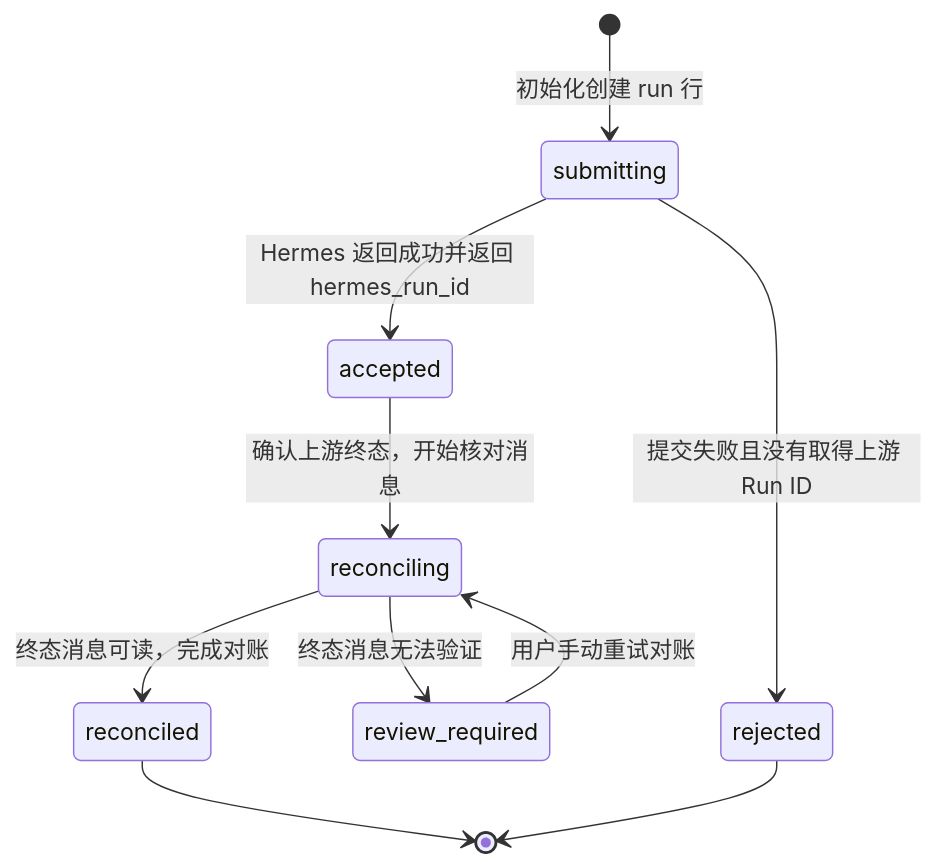
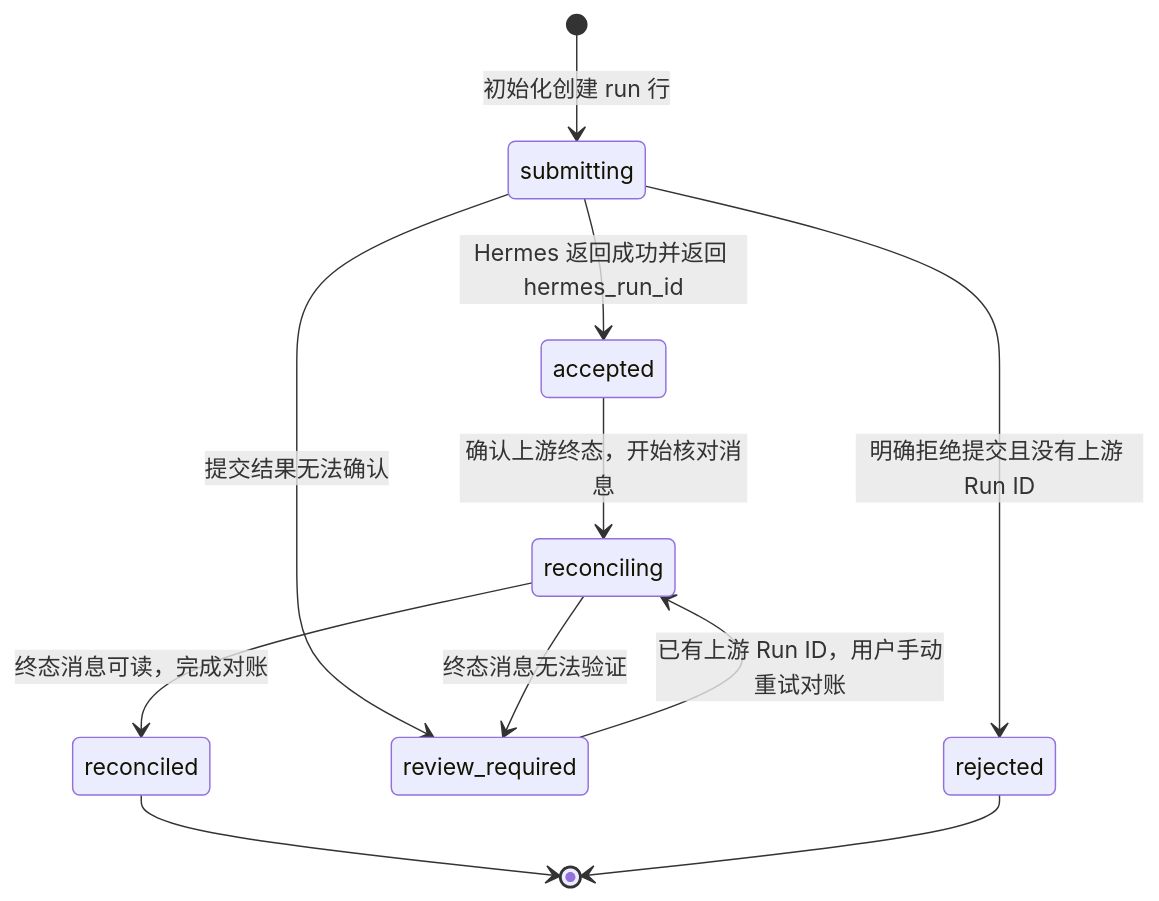
One commit to ermu03/emu-chat changed the second of 3 diagrams in docs/03-state-machines.md. Above: the diagram before and after it, drawn with Mermaid. The commit also changed other lines of this file and 21 other files, not shown here.

````diff
--- a/docs/03-state-machines.md
+++ b/docs/03-state-machines.md
@@ -37,17 +38,18 @@
 ```mermaid
 stateDiagram-v2
     [*] --> submitting : 初始化创建 run 行
     
     submitting --> accepted : Hermes 返回成功并返回 hermes_run_id
-    submitting --> rejected : 提交失败且没有取得上游 Run ID
+    submitting --> rejected : 明确拒绝提交且没有上游 Run ID
+    submitting --> review_required : 提交结果无法确认
     
     accepted --> reconciling : 确认上游终态，开始核对消息
     
     reconciling --> review_required : 终态消息无法验证
     reconciling --> reconciled : 终态消息可读，完成对账
     
-    review_required --> reconciling : 用户手动重试对账
+    review_required --> reconciling : 已有上游 Run ID，用户手动重试对账
     
     reconciled --> [*]
     rejected --> [*]
 ```
````
